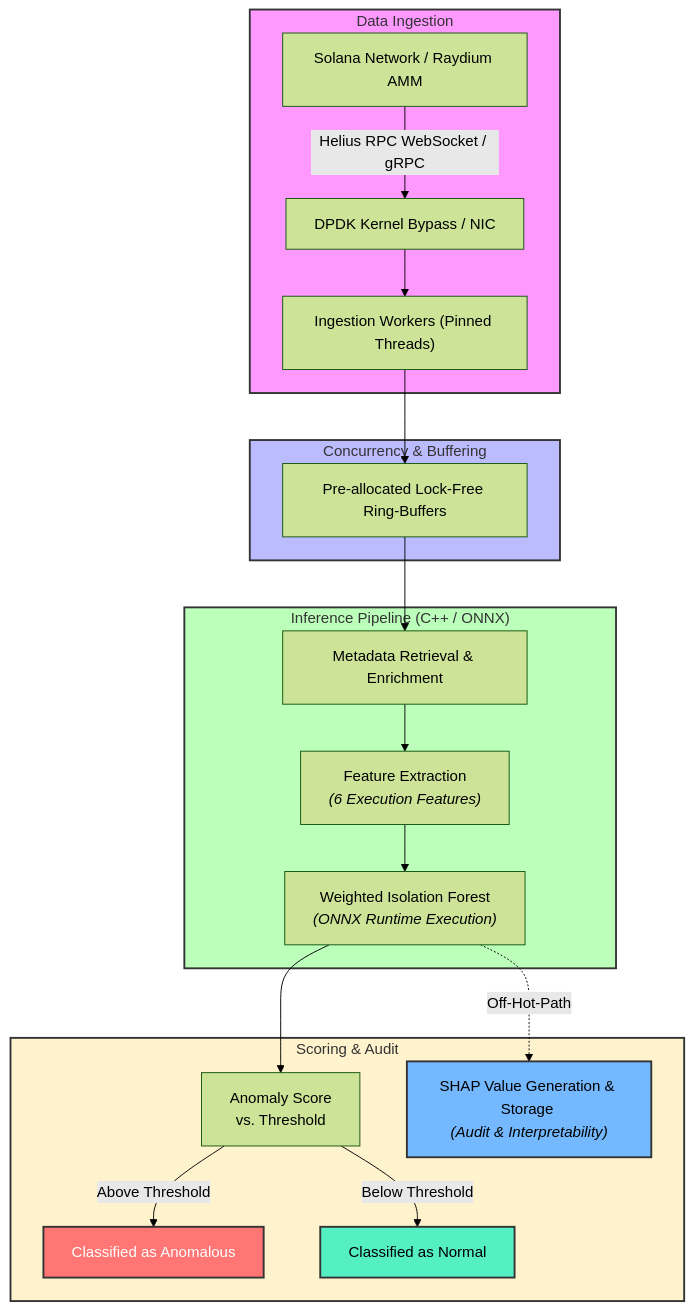
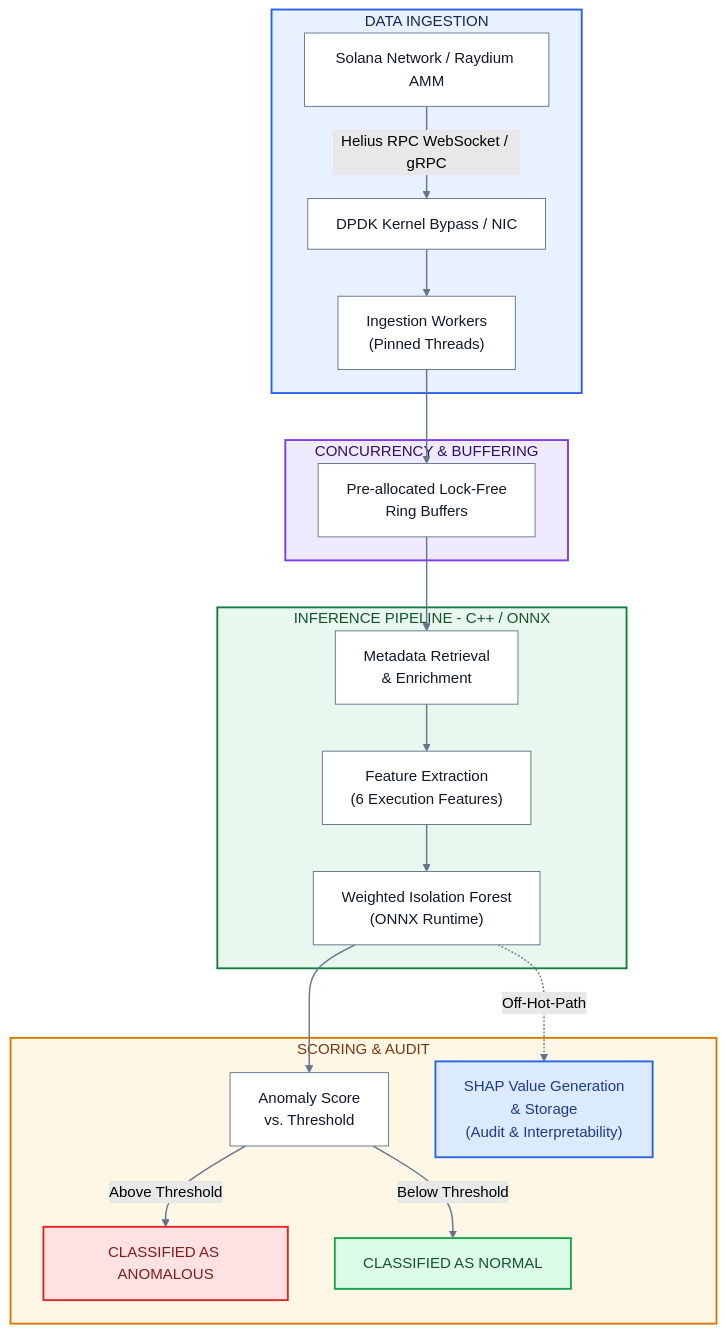
Before and after one commit to MilanSuri/CSC561Final: the diagram in README.md, drawn with Mermaid (forest theme).

Commit message:
Update README with enhanced project details

````diff
--- a/README.md
+++ b/README.md
@@ -25,37 +25,44 @@
 ```mermaid
-graph TD
-    subgraph Ingestion ["Data Ingestion"]
-        A[Solana Network / Raydium AMM] -->|Helius RPC WebSocket / gRPC| B[DPDK Kernel Bypass / NIC]
-        B --> C["Ingestion Workers (Pinned Threads)"]
+flowchart TD
+    subgraph Ingestion ["DATA INGESTION"]
+        A["Solana Network / Raydium AMM"] -->|Helius RPC WebSocket / gRPC| B["DPDK Kernel Bypass / NIC"]
+        B --> C["Ingestion Workers<br/>(Pinned Threads)"]
     end
 
-    subgraph Queue ["Concurrency & Buffering"]
-        C --> D[Pre-allocated Lock-Free Ring-Buffers]
+    subgraph Queue ["CONCURRENCY & BUFFERING"]
+        C --> D["Pre-allocated Lock-Free<br/>Ring Buffers"]
     end
 
-    subgraph Inference ["Inference Pipeline (C++ / ONNX)"]
-        D --> E[Metadata Retrieval & Enrichment]
-        E --> F["Feature Extraction <br/><i>(6 Execution Features)</i>"]
-        F --> G["Weighted Isolation Forest <br/><i>(ONNX Runtime Execution)</i>"]
+    subgraph Inference ["INFERENCE PIPELINE - C++ / ONNX"]
+        D --> E["Metadata Retrieval<br/>& Enrichment"]
+        E --> F["Feature Extraction<br/>(6 Execution Features)"]
+        F --> G["Weighted Isolation Forest<br/>(ONNX Runtime)"]
     end
 
-    subgraph Output ["Scoring & Audit"]
-        G --> H["Anomaly Score <br/>vs. Threshold"]
-        H -->|Above Threshold| I[Classified as Anomalous]
-        H -->|Below Threshold| J[Classified as Normal]
-        
-        %% Off-path audit
-        G -.->|Off-Hot-Path| K["SHAP Value Generation & Storage <br/><i>(Audit & Interpretability)</i>"]
+    subgraph Output ["SCORING & AUDIT"]
+        G --> H["Anomaly Score<br/>vs. Threshold"]
+        H -->|Above Threshold| I["CLASSIFIED AS ANOMALOUS"]
+        H -->|Below Threshold| J["CLASSIFIED AS NORMAL"]
+        G -.->|Off-Hot-Path| K["SHAP Value Generation<br/>& Storage<br/>(Audit & Interpretability)"]
     end
 
-    %% Section Styling
-    style Ingestion fill:#f9f,stroke:#333,stroke-width:2px
-    style Queue fill:#bbf,stroke:#333,stroke-width:2px
-    style Inference fill:#bfb,stroke:#333,stroke-width:2px
-    style Output fill:#fff3cd,stroke:#333,stroke-width:2px
+    style Ingestion fill:#E8F1FF,stroke:#2563EB,stroke-width:2px,color:#172554
+    style Queue fill:#F0EAFE,stroke:#7C3AED,stroke-width:2px,color:#2E1065
+    style Inference fill:#E8F8EF,stroke:#15803D,stroke-width:2px,color:#14532D
+    style Output fill:#FFF7E6,stroke:#D97706,stroke-width:2px,color:#78350F
 
-    %% Node Highlighting for Scoring & Audit
-    style I fill:#ff7675,stroke:#333,stroke-width:2px,color:#fff
-    style J fill:#55efc4,stroke:#333,stroke-width:2px,color:#000
-    style K fill:#74b9ff,stroke:#333,stroke-width:2px,color:#000
+    style A fill:#FFFFFF,stroke:#64748B,color:#111827
+    style B fill:#FFFFFF,stroke:#64748B,color:#111827
+    style C fill:#FFFFFF,stroke:#64748B,color:#111827
+    style D fill:#FFFFFF,stroke:#64748B,color:#111827
+    style E fill:#FFFFFF,stroke:#64748B,color:#111827
+    style F fill:#FFFFFF,stroke:#64748B,color:#111827
+    style G fill:#FFFFFF,stroke:#64748B,color:#111827
+    style H fill:#FFFFFF,stroke:#64748B,color:#111827
+
+    style I fill:#FEE2E2,stroke:#DC2626,stroke-width:2px,color:#7F1D1D
+    style J fill:#DCFCE7,stroke:#16A34A,stroke-width:2px,color:#14532D
+    style K fill:#DBEAFE,stroke:#2563EB,stroke-width:2px,color:#1E3A8A
+
+    linkStyle default stroke:#64748B,stroke-width:1.5px
 ```
````
